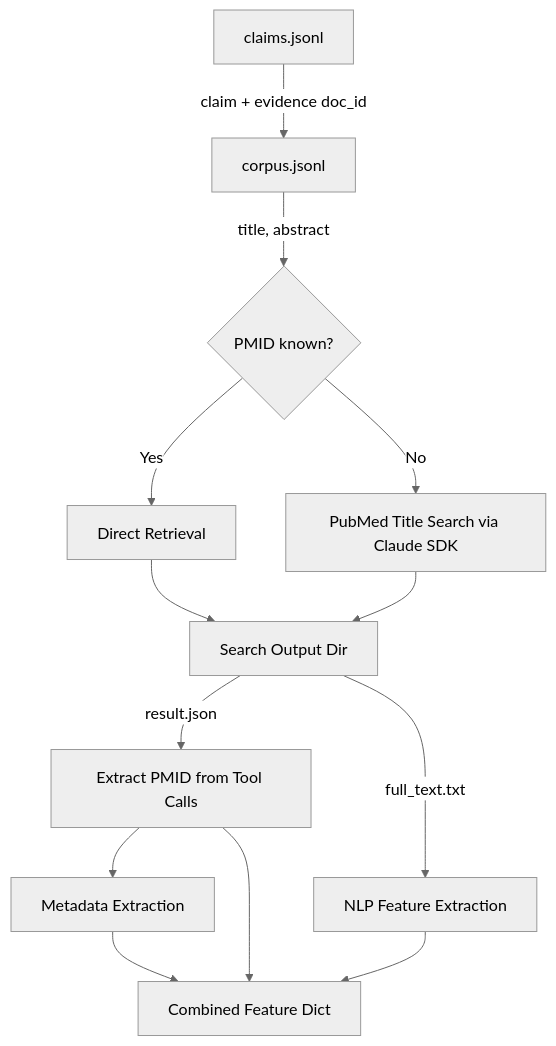
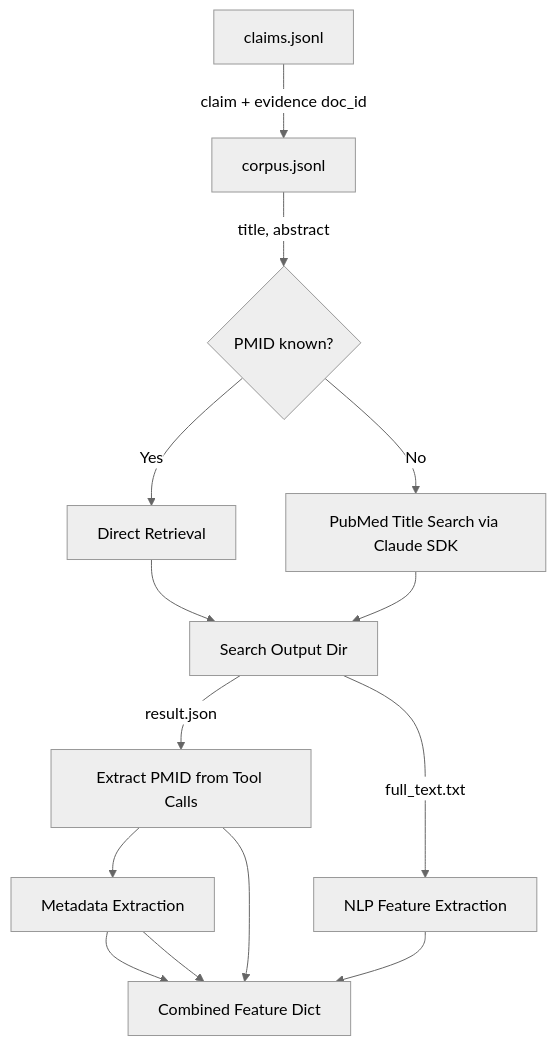
One commit to saezlab/ProClaim changed the diagram in README.md. Above: the diagram before and after it, drawn with Mermaid (neutral theme). The commit also changed other lines of this file and 7 other files, not shown here.

````diff
--- a/README.md
+++ b/README.md
@@ -27,15 +27,16 @@
 ```mermaid
 graph TD
     A[claims.jsonl] -->|claim + evidence doc_id| B[corpus.jsonl]
     B -->|title, abstract| C{PMID known?}
     C -->|Yes| D[Direct Retrieval]
     C -->|No| E[PubMed Title Search via Claude SDK]
     D --> F[Search Output Dir]
     E --> F
     F -->|result.json| G[Extract PMID from Tool Calls]
     F -->|full_text.txt| H[NLP Feature Extraction]
     G --> I[Metadata Extraction]
     G --> J[Combined Feature Dict]
+    I --> J
     H --> J
     I --> J
 ```
````
